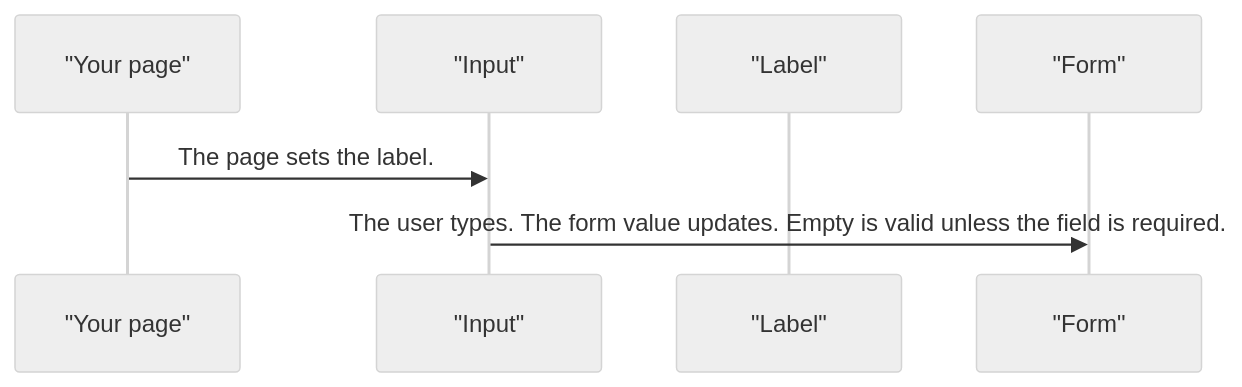
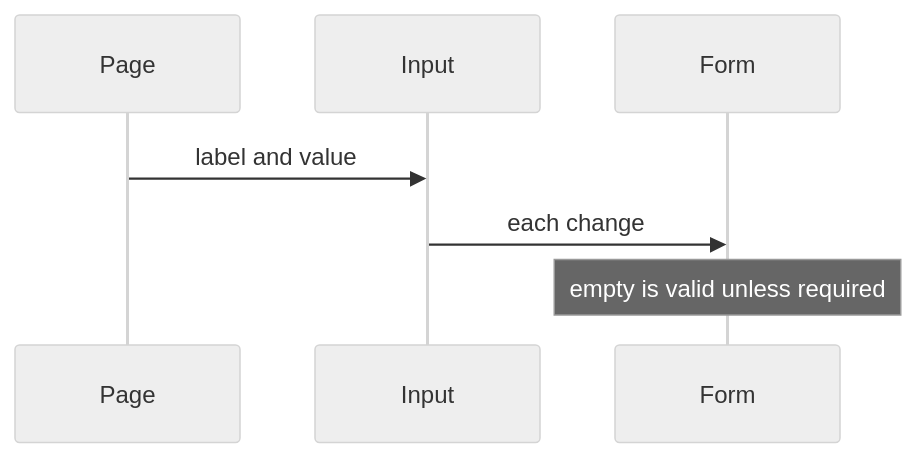
The second of 5 diagrams in projects/pixel-ui/src/lib/pixel-input/DESIGN.md (RajshekharBorate/pixel-ui), drawn with Mermaid (neutral theme) before and after one commit. The commit also changed other lines of this file and 73 other files, not shown here.

Commit message:
Explain who owns each value and what each flow does in every component and service design.

````diff
--- a/projects/pixel-ui/src/lib/pixel-input/DESIGN.md
+++ b/projects/pixel-ui/src/lib/pixel-input/DESIGN.md
@@ -63,9 +77,9 @@
 ```mermaid
 sequenceDiagram
-  participant page as "Your page"
-  participant input as "Input"
-  participant label as "Label"
-  participant form as "Form"
-  page->>input: The page sets the label.
-  input->>form: The user types. The form value updates. Empty is valid unless the field is required.
+  participant Page
+  participant Input
+  participant Form
+  Page->>Input: label and value
+  Input->>Form: each change
+  Note over Form: empty is valid unless required
 ```
````
